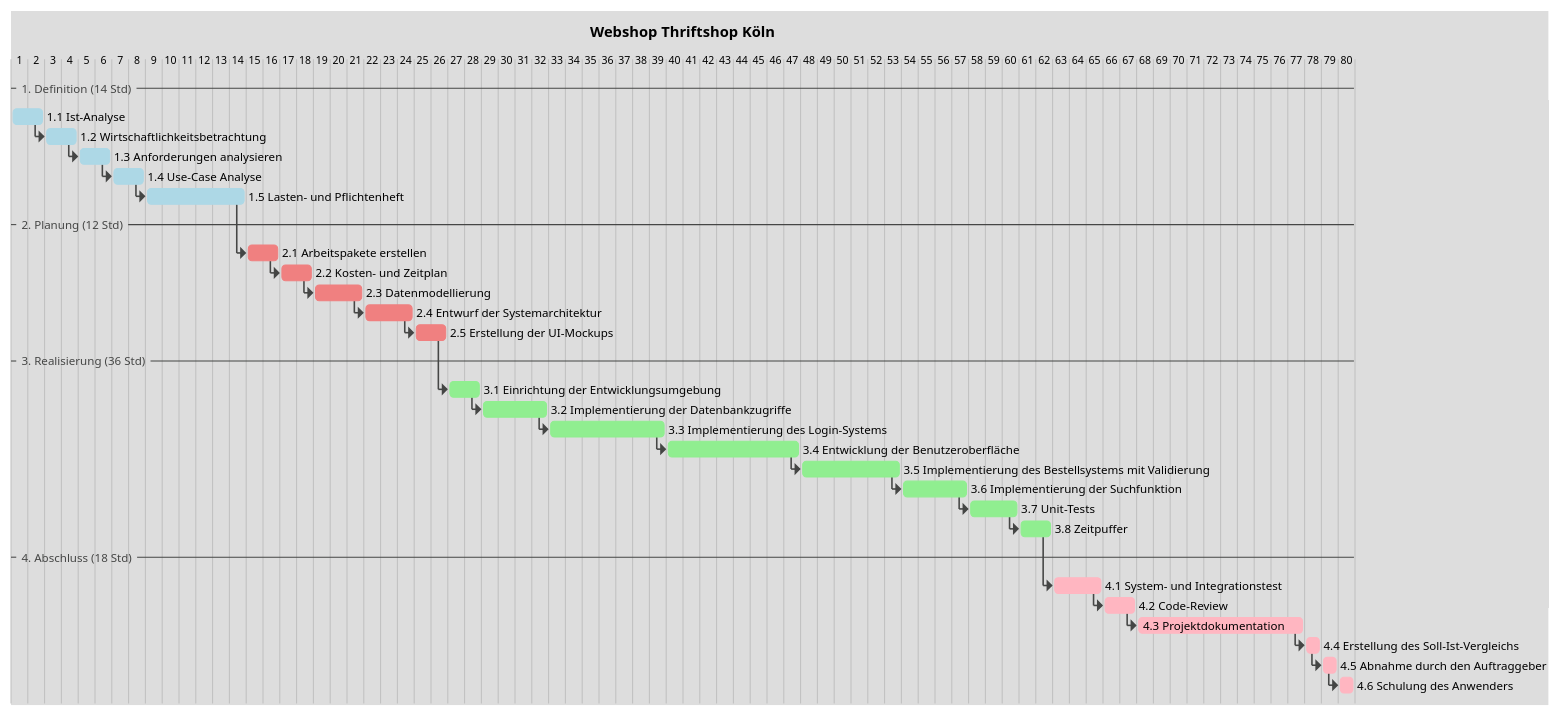
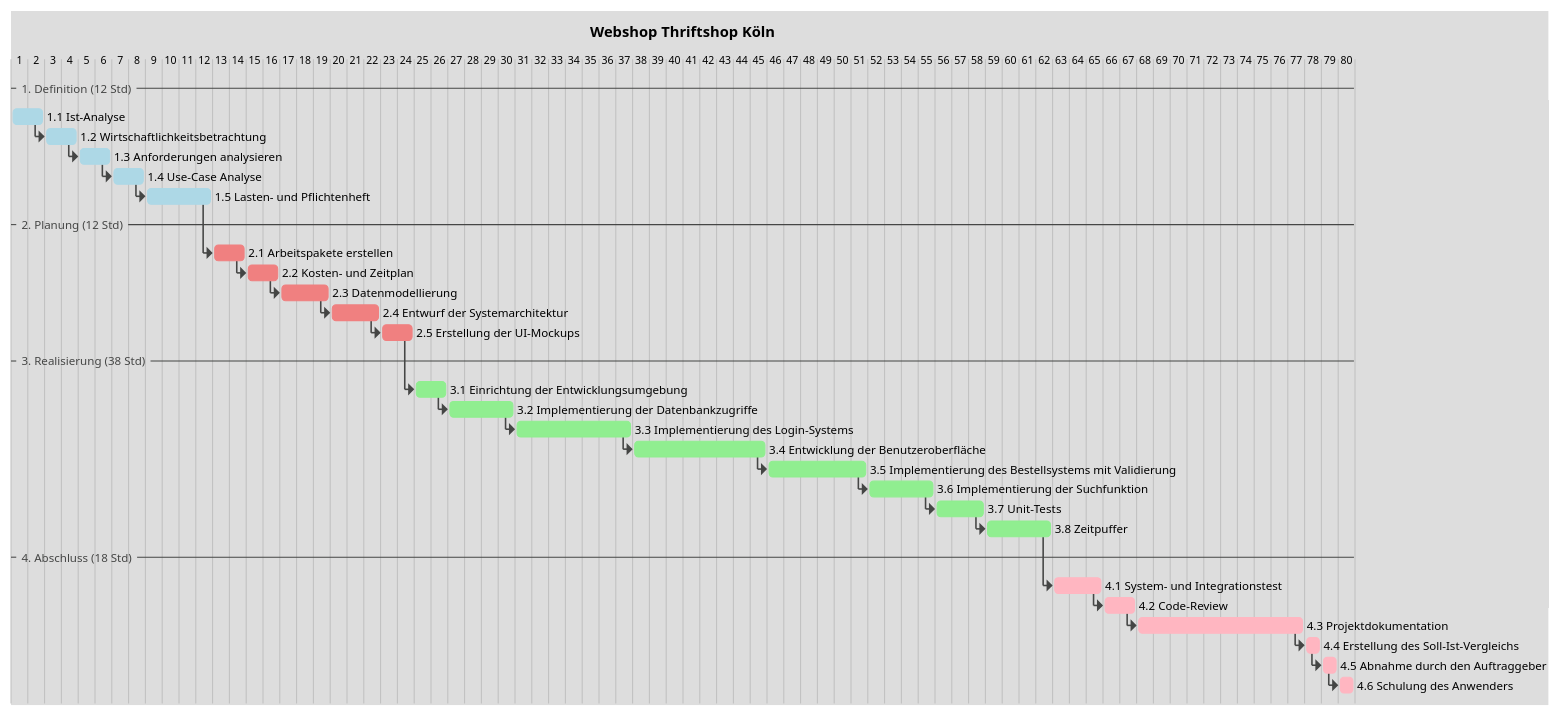
The first of 5 diagrams in docs/thriftshop_dokumentation.md (marcelo-ruediger/thriftshop), drawn with PlantUML before and after one commit. The commit also changed other lines of this file and 25 other files, not shown here.

````diff
--- a/docs/thriftshop_dokumentation.md
+++ b/docs/thriftshop_dokumentation.md
@@ -111,64 +112,64 @@
 ```plantuml
 @startgantt thriftshop
 !theme toy
 projectscale daily zoom 1
 hide footbox
 
 title Webshop Thriftshop Köln
 
--- 1. Definition (14 Std) --
+-- 1. Definition (12 Std) --
 [1.1 Ist-Analyse] lasts 2 days and is colored in LightBlue
 [1.1 Ist-Analyse] -> [1.2 Wirtschaftlichkeitsbetrachtung]
 [1.2 Wirtschaftlichkeitsbetrachtung] lasts 2 days and is colored in LightBlue
 [1.2 Wirtschaftlichkeitsbetrachtung] -> [1.3 Anforderungen analysieren]
 [1.3 Anforderungen analysieren] lasts 2 days and is colored in LightBlue
 [1.3 Anforderungen analysieren] -> [1.4 Use-Case Analyse]
 [1.4 Use-Case Analyse] lasts 2 days and is colored in LightBlue
 [1.4 Use-Case Analyse] -> [1.5 Lasten- und Pflichtenheft]
-[1.5 Lasten- und Pflichtenheft] lasts 6 days and is colored in LightBlue
+[1.5 Lasten- und Pflichtenheft] lasts 4 days and is colored in LightBlue
 
 -- 2. Planung (12 Std) --
 [1.5 Lasten- und Pflichtenheft] -> [2.1 Arbeitspakete erstellen]
 [2.1 Arbeitspakete erstellen] lasts 2 days and is colored in LightCoral
 [2.1 Arbeitspakete erstellen] -> [2.2 Kosten- und Zeitplan]
 [2.2 Kosten- und Zeitplan] lasts 2 days and is colored in LightCoral
 [2.2 Kosten- und Zeitplan] -> [2.3 Datenmodellierung]
 [2.3 Datenmodellierung] lasts 3 days and is colored in LightCoral
 [2.3 Datenmodellierung] -> [2.4 Entwurf der Systemarchitektur]
 [2.4 Entwurf der Systemarchitektur] lasts 3 days and is colored in LightCoral
 [2.4 Entwurf der Systemarchitektur] -> [2.5 Erstellung der UI-Mockups]
 [2.5 Erstellung der UI-Mockups] lasts 2 days and is colored in LightCoral
 
--- 3. Realisierung (36 Std) --
+-- 3. Realisierung (38 Std) --
 [2.5 Erstellung der UI-Mockups] -> [3.1 Einrichtung der Entwicklungsumgebung]
 [3.1 Einrichtung der Entwicklungsumgebung] lasts 2 days and is colored in LightGreen
 [3.1 Einrichtung der Entwicklungsumgebung] -> [3.2 Implementierung der Datenbankzugriffe]
 [3.2 Implementierung der Datenbankzugriffe] lasts 4 days and is colored in LightGreen
 [3.2 Implementierung der Datenbankzugriffe] -> [3.3 Implementierung des Login-Systems]
 [3.3 Implementierung des Login-Systems] lasts 7 days and is colored in LightGreen
 [3.3 Implementierung des Login-Systems] -> [3.4 Entwicklung der Benutzeroberfläche]
 [3.4 Entwicklung der Benutzeroberfläche] lasts 8 days and is colored in LightGreen
 [3.4 Entwicklung der Benutzeroberfläche] -> [3.5 Implementierung des Bestellsystems mit Validierung]
 [3.5 Implementierung des Bestellsystems mit Validierung] lasts 6 days and is colored in LightGreen
 [3.5 Implementierung des Bestellsystems mit Validierung] -> [3.6 Implementierung der Suchfunktion]
 [3.6 Implementierung der Suchfunktion] lasts 4 days and is colored in LightGreen
 [3.6 Implementierung der Suchfunktion] -> [3.7 Unit-Tests]
 [3.7 Unit-Tests] lasts 3 days and is colored in LightGreen
 [3.7 Unit-Tests] -> [3.8 Zeitpuffer]
-[3.8 Zeitpuffer] lasts 2 days and is colored in LightGreen
+[3.8 Zeitpuffer] lasts 4 days and is colored in LightGreen
 
 -- 4. Abschluss (18 Std) --
 [3.8 Zeitpuffer] -> [4.1 System- und Integrationstest]
 [4.1 System- und Integrationstest] lasts 3 days and is colored in LightPink
 [4.1 System- und Integrationstest] -> [4.2 Code-Review]
 [4.2 Code-Review] lasts 2 days and is colored in LightPink
-[4.2 Code-Review] -> [4.3 Projektdokumentation]
-[4.3 Projektdokumentation] lasts 10 days and is colored in LightPink
-[4.3 Projektdokumentation] -> [4.4 Erstellung des Soll-Ist-Vergleichs]
+[4.2 Code-Review] -> [4.3 Projektdokumentation        ]
+[4.3 Projektdokumentation        ] lasts 10 days and is colored in LightPink
+[4.3 Projektdokumentation        ] -> [4.4 Erstellung des Soll-Ist-Vergleichs]
 [4.4 Erstellung des Soll-Ist-Vergleichs] lasts 1 day and is colored in LightPink
 [4.4 Erstellung des Soll-Ist-Vergleichs] -> [4.5 Abnahme durch den Auftraggeber]
 [4.5 Abnahme durch den Auftraggeber] lasts 1 day and is colored in LightPink
 [4.5 Abnahme durch den Auftraggeber] -> [4.6 Schulung des Anwenders]
 [4.6 Schulung des Anwenders] lasts 1 day and is colored in LightPink
 @endgantt
 ```
````
